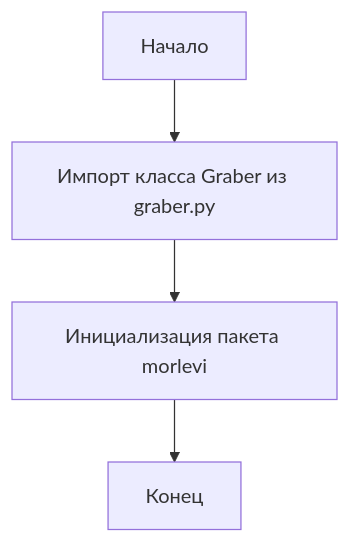
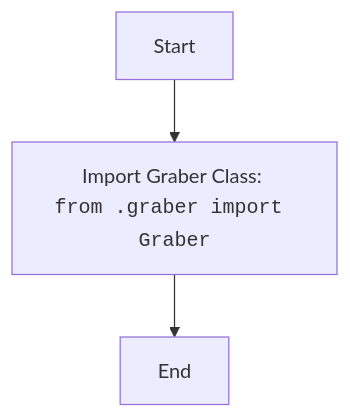
Before and after one commit to hypo69/hypo: the diagram in docs/gemini/ru/explainer/src/suppliers/morlevi/__init__.py.md, drawn with Mermaid. The commit also changed other lines of this file and 1505 other files, not shown here.

````diff
--- a/docs/gemini/ru/explainer/src/suppliers/morlevi/__init__.py.md
+++ b/docs/gemini/ru/explainer/src/suppliers/morlevi/__init__.py.md
@@ -15,6 +10,5 @@
 ```mermaid
 flowchart TD
-    Start[Начало] --> ImportGraber[Импорт класса Graber из graber.py]
-    ImportGraber --> ModuleInitialization[Инициализация пакета morlevi]
-    ModuleInitialization --> End[Конец]
+    Start[Start] --> ImportGraber[Import Graber Class: <br><code>from .graber import Graber</code>]
+    ImportGraber --> End[End]
 ```
````
